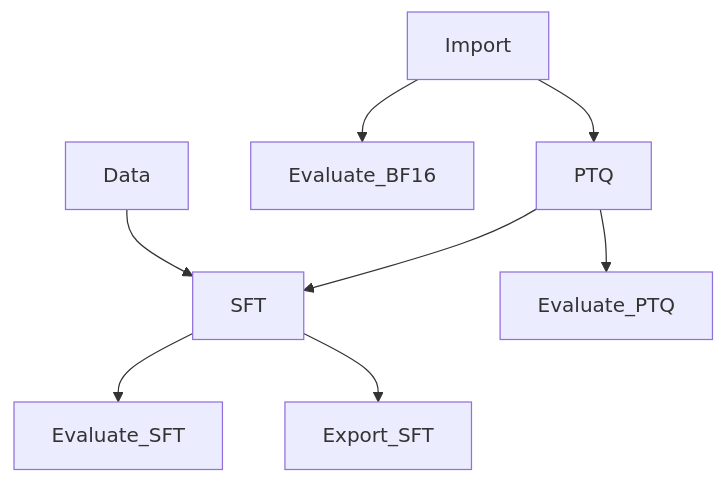
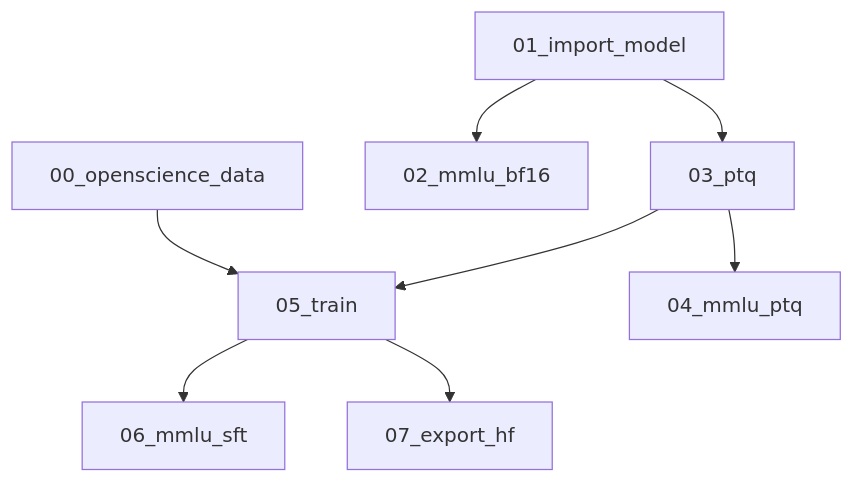
One commit to NVIDIA/TensorRT-Model-Optimizer changed the diagram in examples/nemo_run/qat/README.md. Above: the diagram before and after it, drawn with Mermaid. The commit also changed other lines of this file and 2 other files, not shown here.

````diff
--- a/examples/nemo_run/qat/README.md
+++ b/examples/nemo_run/qat/README.md
@@ -18,10 +28,10 @@
 ```mermaid
 graph TD;
-Data-->SFT;
-Import-->Evaluate_BF16;
-Import-->PTQ;
-PTQ-->Evaluate_PTQ;
-PTQ --> SFT;
-SFT-->Evaluate_SFT;
-SFT-->Export_SFT;
+00_openscience_data-->05_train;
+01_import_model-->02_mmlu_bf16;
+01_import_model-->03_ptq;
+03_ptq-->04_mmlu_ptq;
+03_ptq-->05_train;
+05_train-->06_mmlu_sft;
+05_train-->07_export_hf;
 ```
````
